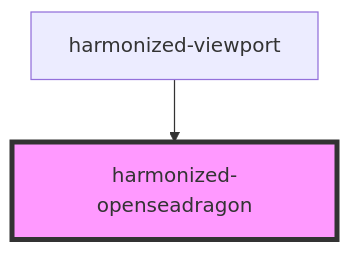
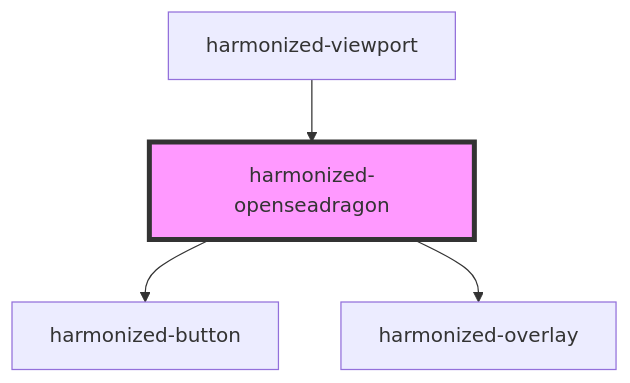
One commit to bac-lac/lac-harmonized-viewer changed the diagram in src/components/openseadragon/readme.md. Above: the diagram before and after it, drawn with Mermaid. The commit also changed other lines of this file and 17 other files, not shown here.

````diff
--- a/src/components/openseadragon/readme.md
+++ b/src/components/openseadragon/readme.md
@@ -35,5 +58,7 @@
 ```mermaid
 graph TD;
+  harmonized-openseadragon --> harmonized-button
+  harmonized-openseadragon --> harmonized-overlay
   harmonized-viewport --> harmonized-openseadragon
   style harmonized-openseadragon fill:#f9f,stroke:#333,stroke-width:4px
 ```
````
